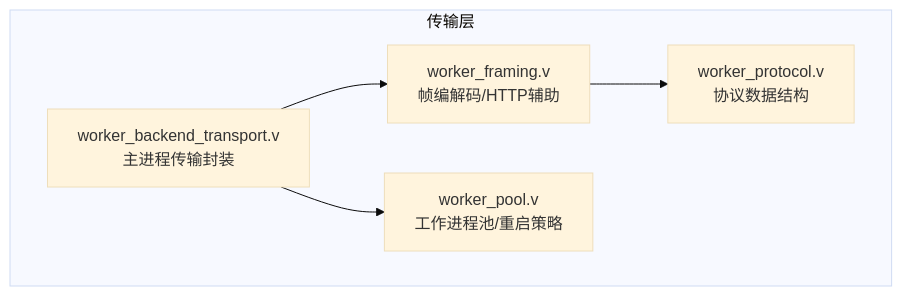
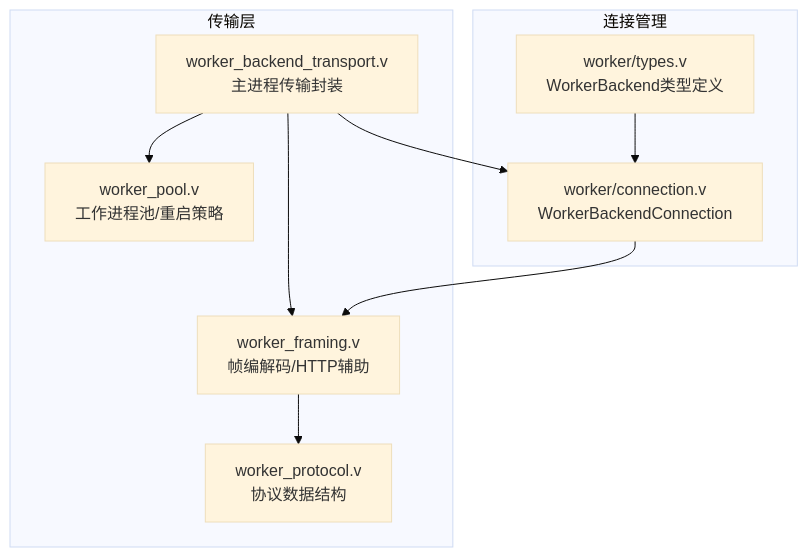
One commit to guweigang/vhttpd changed the first of 7 diagrams in .qoder/repowiki/zh/content/传输层处理/工作进程通信协议.md. Above: the diagram before and after it, drawn with Mermaid (base theme). The commit also changed other lines of this file and 54 other files, not shown here.

````diff
--- a/.qoder/repowiki/zh/content/传输层处理/工作进程通信协议.md
+++ b/.qoder/repowiki/zh/content/传输层处理/工作进程通信协议.md
@@ -33,12 +43,19 @@
 ```mermaid
 graph TB
 subgraph "传输层"
 WP["worker_protocol.v<br/>协议数据结构"]
 WF["worker_framing.v<br/>帧编解码/HTTP辅助"]
 WBT["worker_backend_transport.v<br/>主进程传输封装"]
 WPOOL["worker_pool.v<br/>工作进程池/重启策略"]
 end
+subgraph "连接管理"
+CONN["worker/connection.v<br/>WorkerBackendConnection"]
+WTYPES["worker/types.v<br/>WorkerBackend类型定义"]
+end
 WBT --> WF
 WF --> WP
 WBT --> WPOOL
+WBT --> CONN
+CONN --> WF
+WTYPES --> CONN
 ```
````
